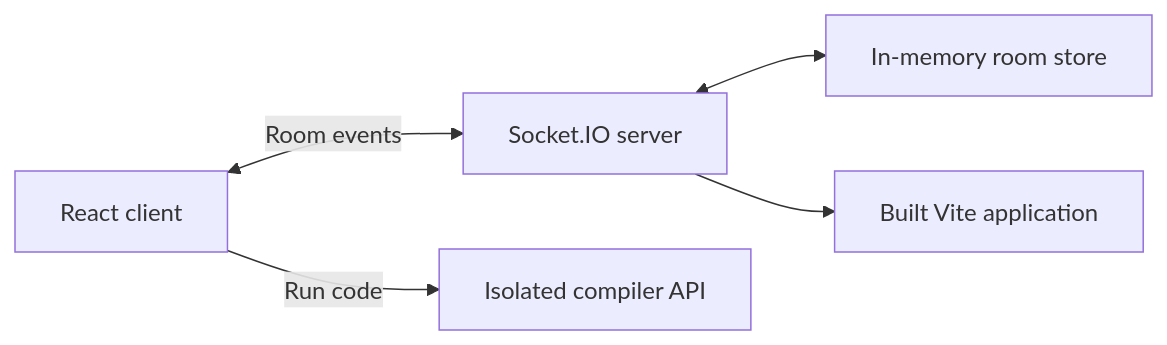
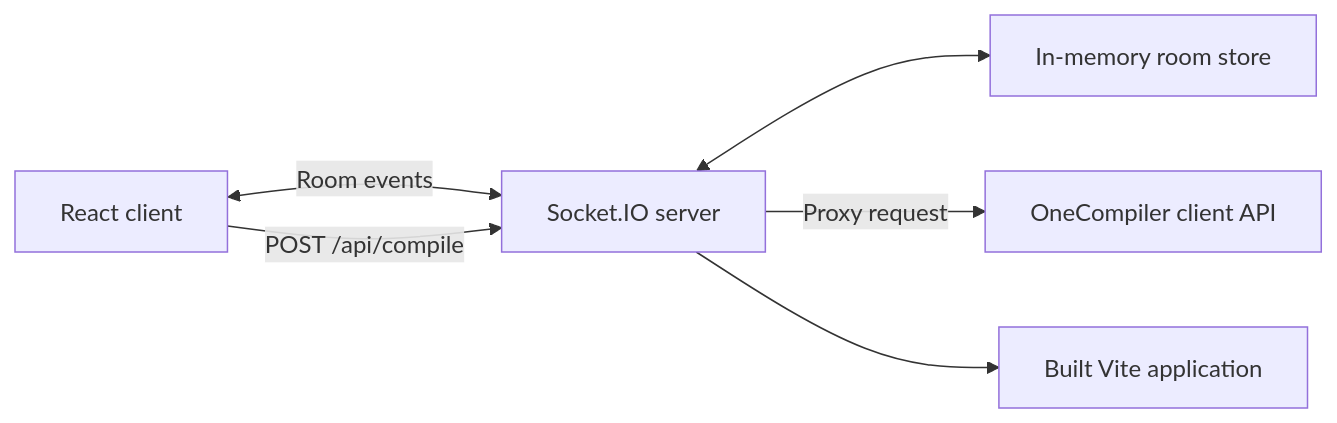
One commit to AbhishekChorotiya/coDevTogether changed the diagram in README.md. Above: the diagram before and after it, drawn with Mermaid. The commit also changed other lines of this file and 2 other files, not shown here.

````diff
--- a/README.md
+++ b/README.md
@@ -33,7 +35,8 @@
 ```mermaid
 flowchart LR
     A[React client] <-->|Room events| B[Socket.IO server]
     B <--> C[In-memory room store]
-    A -->|Run code| D[Isolated compiler API]
+    A -->|POST /api/compile| B
+    B -->|Proxy request| D[OneCompiler client API]
     B --> E[Built Vite application]
 ```
````
